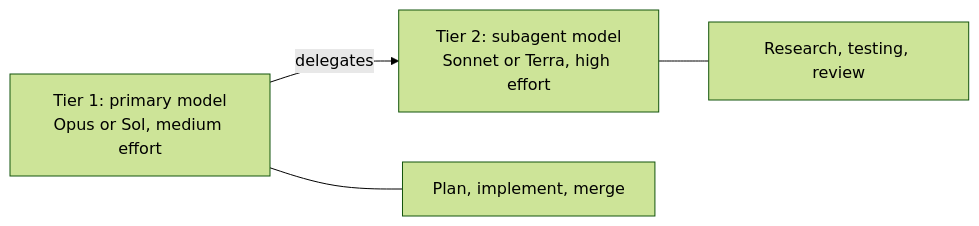
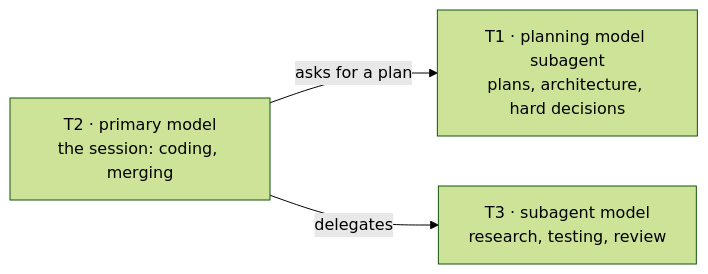
The second of 2 diagrams in README.md (mattsilv/harness), drawn with Mermaid (forest theme) before and after one commit. The commit also changed other lines of this file and 6 other files, not shown here.

First line of the commit message:
Model tiers T1–T3: planning subagent, coding session, research subagents (v11) (#25)

````diff
--- a/README.md
+++ b/README.md
@@ -51,6 +51,5 @@
 ```mermaid
 flowchart LR
-  T1["Tier 1: primary model<br>Opus or Sol, medium effort"] -->|delegates| T2["Tier 2: subagent model<br>Sonnet or Terra, high effort"]
-  T1 --- W1[Plan, implement, merge]
-  T2 --- W2[Research, testing, review]
+  T2["T2 · primary model<br>the session: coding, merging"] -->|asks for a plan| T1["T1 · planning model subagent<br>plans, architecture, hard decisions"]
+  T2 -->|delegates| T3["T3 · subagent model<br>research, testing, review"]
 ```
````
